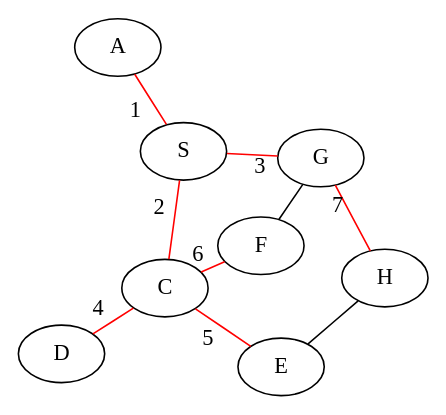
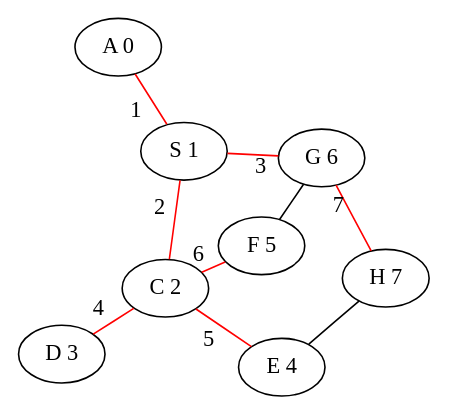
One commit to time2funk/dot changed the diagram in 4_8.gv. Above: the diagram before and after it, drawn with Graphviz. The commit also changed 1 other file, not shown here.

```diff
--- a/4_8.gv
+++ b/4_8.gv
@@ -1,18 +1,26 @@
 graph G {
 	// BFS (4_8)
 	// s15928
 	// used red color to show visited adges 
 	// used indexes for visited adges to show sequence
 
 	layout = neato ;
 	A -- S [color = red, label=" 1 "];
 	S -- C [color = red, label=" 2 "];
 	S -- G [color = red, label=" 3 "];
 	C -- F [color = red, label=" 6 "];
 	G -- F;
 	C -- D [color = red, label=" 4 "];
 	C -- E [color = red, label=" 5 "];
 	H -- E;
 	H -- G  [color = red, label=" 7 "];
-
+	
+	A [label = "A 0"];
+	S [label = "S 1"];
+	C [label = "C 2"];
+	D [label = "D 3"];
+	E [label = "E 4"];
+	F [label = "F 5"];
+	G [label = "G 6"];
+	H [label = "H 7"];
 }
```
